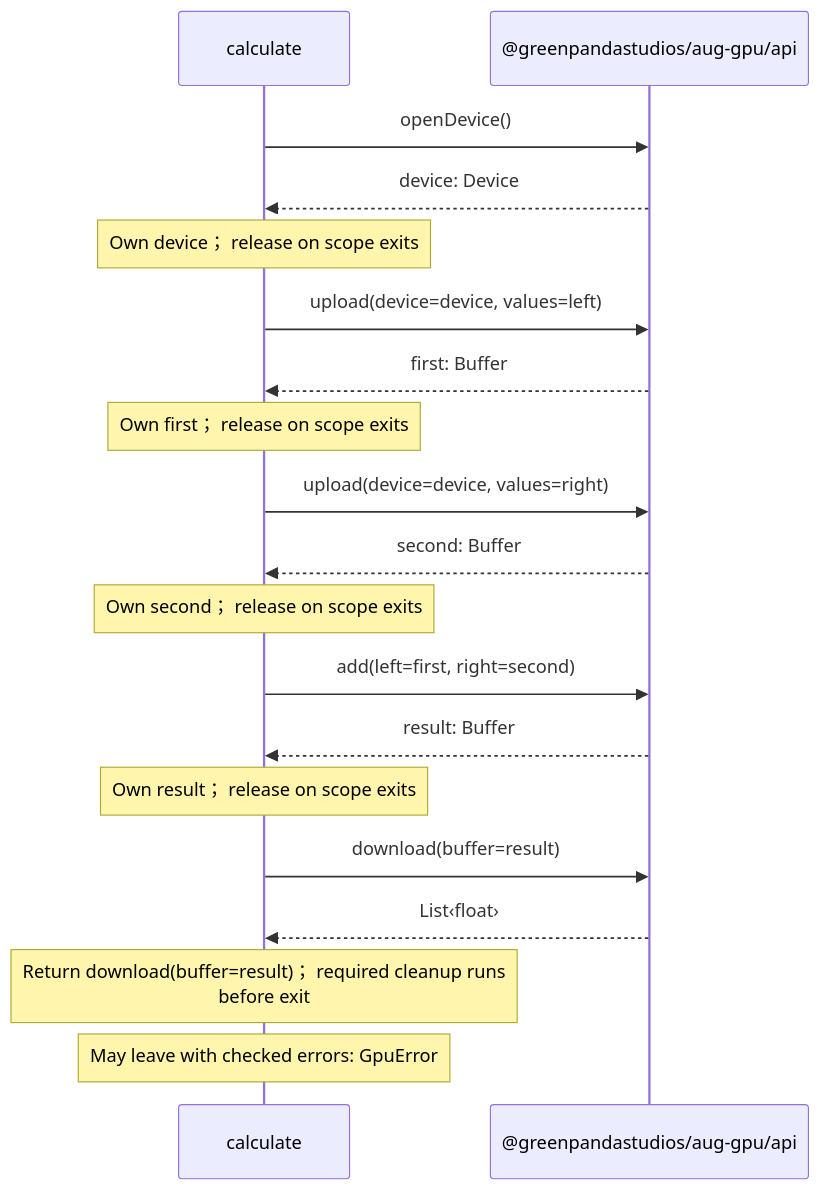
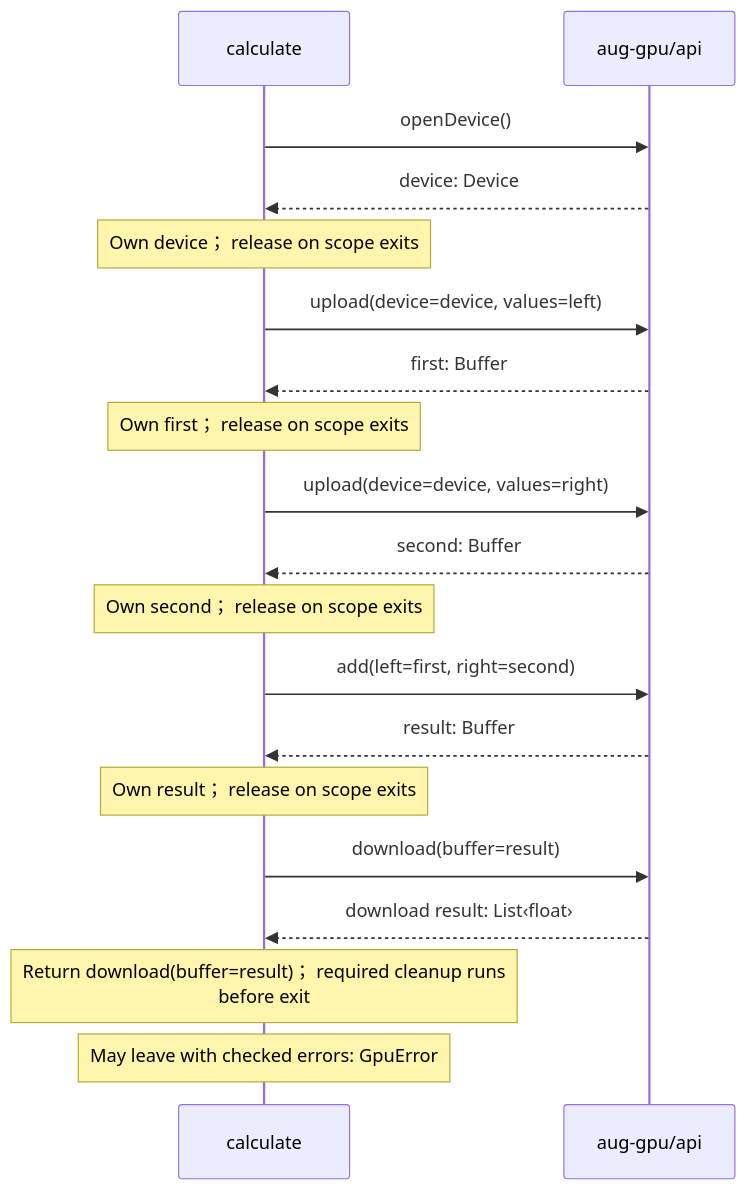
The diagram in docs/examples/native-gpu/compute-diagrams.md (GreenPandaStudios/augscript), drawn with Mermaid before and after one commit. The commit also changed other lines of this file and 304 other files, not shown here.

Commit message:
Make generated data-flow sequences concise and review every diagram

````diff
--- a/docs/examples/native-gpu/compute-diagrams.md
+++ b/docs/examples/native-gpu/compute-diagrams.md
@@ -47,21 +28,21 @@
 ```mermaid
 sequenceDiagram
     participant p0 as calculate
-    participant p1 as @greenpandastudios/aug-gpu/api
+    participant p1 as aug-gpu/api
     p0->>p1: openDevice()
     p1-->>p0: device: Device
     Note over p0: Own device； release on scope exits
     p0->>p1: upload(device=device, values=left)
     p1-->>p0: first: Buffer
     Note over p0: Own first； release on scope exits
     p0->>p1: upload(device=device, values=right)
     p1-->>p0: second: Buffer
     Note over p0: Own second； release on scope exits
     p0->>p1: add(left=first, right=second)
     p1-->>p0: result: Buffer
     Note over p0: Own result； release on scope exits
     p0->>p1: download(buffer=result)
-    p1-->>p0: List‹float›
+    p1-->>p0: download result: List‹float›
     Note over p0: Return download(buffer=result)； required cleanup runs<br/>before exit
     Note over p0: May leave with checked errors: GpuError
 ```
````
